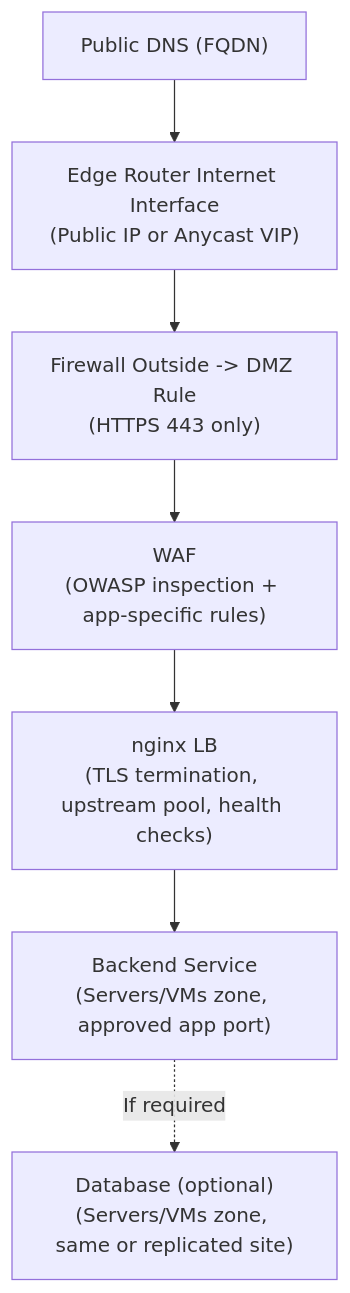
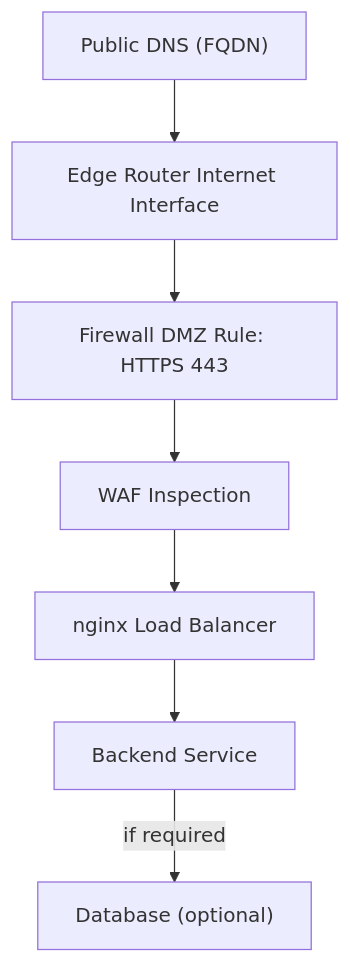
The diagram in network-spanned-dc/docs/02_architecture/published_apps.md (pancakesaregood/distributed-dc), drawn with Mermaid before and after one commit.

Commit message:
Simplify published apps mermaid chart syntax

````diff
--- a/network-spanned-dc/docs/02_architecture/published_apps.md
+++ b/network-spanned-dc/docs/02_architecture/published_apps.md
@@ -13,13 +13,17 @@
 ```mermaid
 flowchart TD
   DNS["Public DNS (FQDN)"]
-  EDGE["Edge Router Internet Interface<br/>(Public IP or Anycast VIP)"]
-  FWRULE["Firewall Outside -> DMZ Rule<br/>(HTTPS 443 only)"]
-  WAF["WAF<br/>(OWASP inspection + app-specific rules)"]
-  LB["nginx LB<br/>(TLS termination, upstream pool, health checks)"]
-  APP["Backend Service<br/>(Servers/VMs zone, approved app port)"]
-  DB["Database (optional)<br/>(Servers/VMs zone, same or replicated site)"]
+  EDGE["Edge Router Internet Interface"]
+  FWRULE["Firewall DMZ Rule: HTTPS 443"]
+  WAF["WAF Inspection"]
+  LB["nginx Load Balancer"]
+  APP["Backend Service"]
+  DB["Database (optional)"]
 
-  DNS --> EDGE --> FWRULE --> WAF --> LB --> APP
-  APP -. If required .-> DB
+  DNS --> EDGE
+  EDGE --> FWRULE
+  FWRULE --> WAF
+  WAF --> LB
+  LB --> APP
+  APP -->|if required| DB
 ```
````
